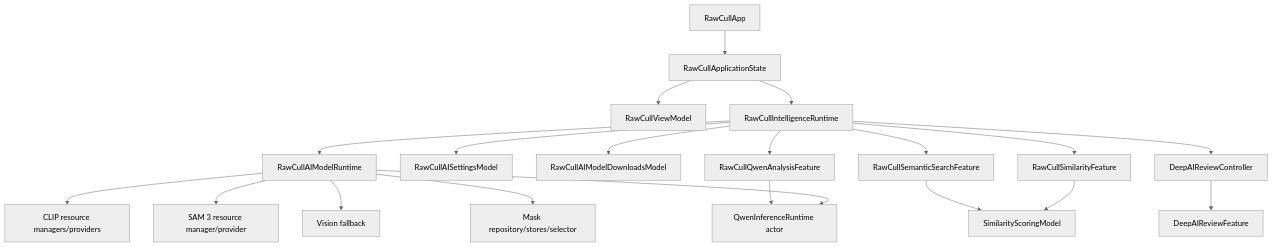
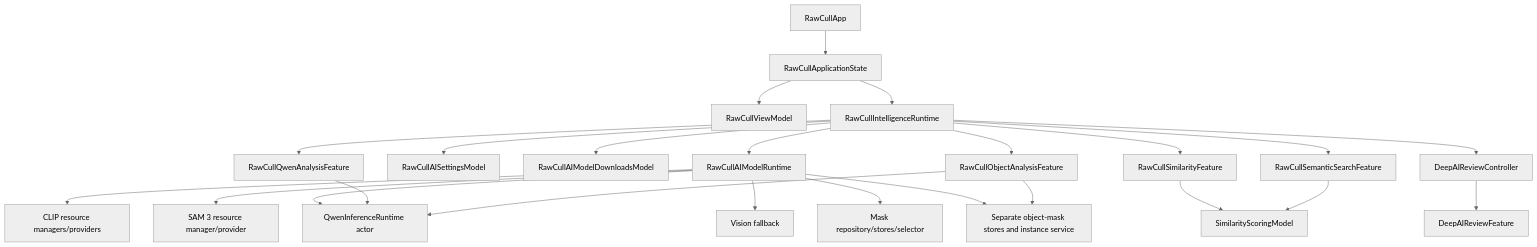
One commit to rsyncOSX/TechDocRawcull changed the first of 4 diagrams in content/en/docs/runtime.md. Above: the diagram before and after it, drawn with Mermaid (neutral theme). The commit also changed other lines of this file and 1 other file, not shown here.

Commit message:
multi objects

````diff
--- a/content/en/docs/runtime.md
+++ b/content/en/docs/runtime.md
@@ -38,25 +38,29 @@
 ```mermaid
 flowchart TD
     App["RawCullApp"] --> AppState["RawCullApplicationState"]
     AppState --> VM["RawCullViewModel"]
     AppState --> Runtime["RawCullIntelligenceRuntime"]
 
     Runtime --> ModelRuntime["RawCullAIModelRuntime"]
     Runtime --> Settings["RawCullAISettingsModel"]
     Runtime --> Downloads["RawCullAIModelDownloadsModel"]
     Runtime --> Similarity["RawCullSimilarityFeature"]
     Runtime --> Semantic["RawCullSemanticSearchFeature"]
     Runtime --> Review["DeepAIReviewController"]
     Runtime --> Qwen["RawCullQwenAnalysisFeature"]
+    Runtime --> Objects["RawCullObjectAnalysisFeature"]
 
     ModelRuntime --> CLIP["CLIP resource managers/providers"]
     ModelRuntime --> SAM["SAM 3 resource manager/provider"]
     ModelRuntime --> QwenActor["QwenInferenceRuntime actor"]
     ModelRuntime --> Vision["Vision fallback"]
     ModelRuntime --> Masks["Mask repository/stores/selector"]
+    ModelRuntime --> ObjectMasks["Separate object-mask stores and instance service"]
 
     Similarity --> SharedModel["SimilarityScoringModel"]
     Semantic --> SharedModel
     Review --> DeepFeature["DeepAIReviewFeature"]
     Qwen --> QwenActor
+    Objects --> QwenActor
+    Objects --> ObjectMasks
 ```
````
